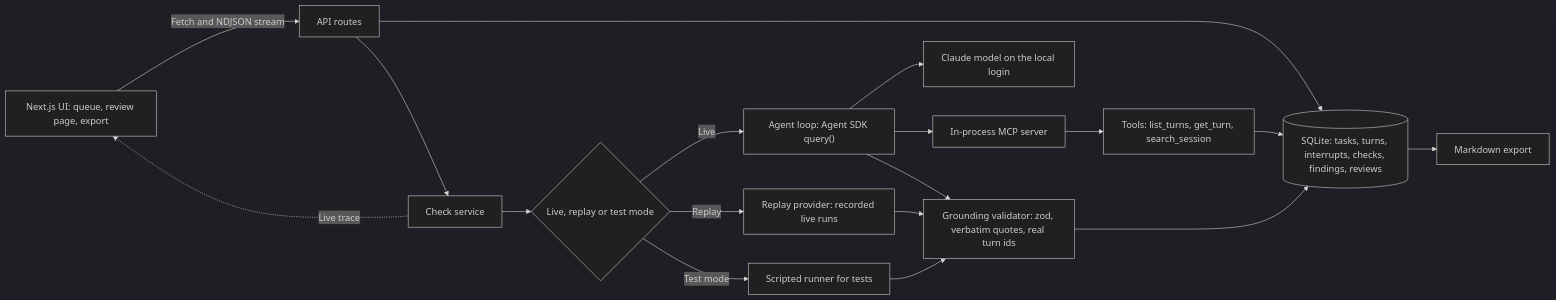
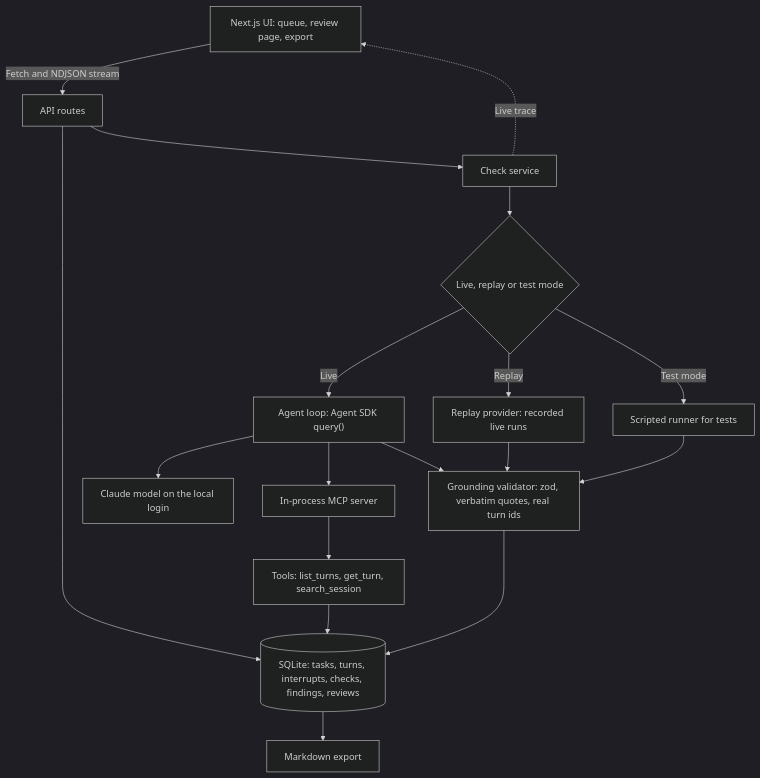
One commit to ArchiusVuong-sudo/agent-session-review changed the diagram in README.md. Above: the diagram before and after it, drawn with Mermaid (dark theme).

Commit message:
Draw the architecture diagram top to bottom so its labels stay readable on GitHub

````diff
--- a/README.md
+++ b/README.md
@@ -19,20 +19,20 @@
 ```mermaid
-flowchart LR
+flowchart TB
   ui["Next.js UI: queue, review page, export"] -->|"Fetch and NDJSON stream"| api["API routes"]
   api --> db[("SQLite: tasks, turns, interrupts, checks, findings, reviews")]
   api --> check["Check service"]
   check --> pick{"Live, replay or test mode"}
   pick -->|"Live"| loop["Agent loop: Agent SDK query()"]
   pick -->|"Replay"| replay["Replay provider: recorded live runs"]
   pick -->|"Test mode"| fake["Scripted runner for tests"]
   loop --> model["Claude model on the local login"]
   loop --> mcp["In-process MCP server"]
   mcp --> tools["Tools: list_turns, get_turn, search_session"]
   tools --> db
   loop --> grounding["Grounding validator: zod, verbatim quotes, real turn ids"]
   replay --> grounding
   fake --> grounding
   grounding --> db
   db --> export["Markdown export"]
   check -.->|"Live trace"| ui
 ```
````
